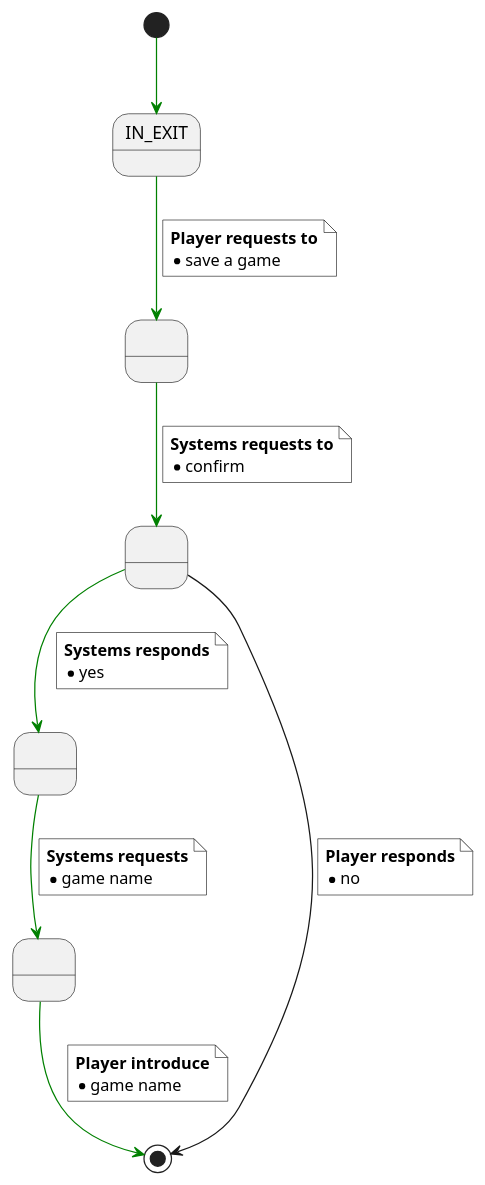
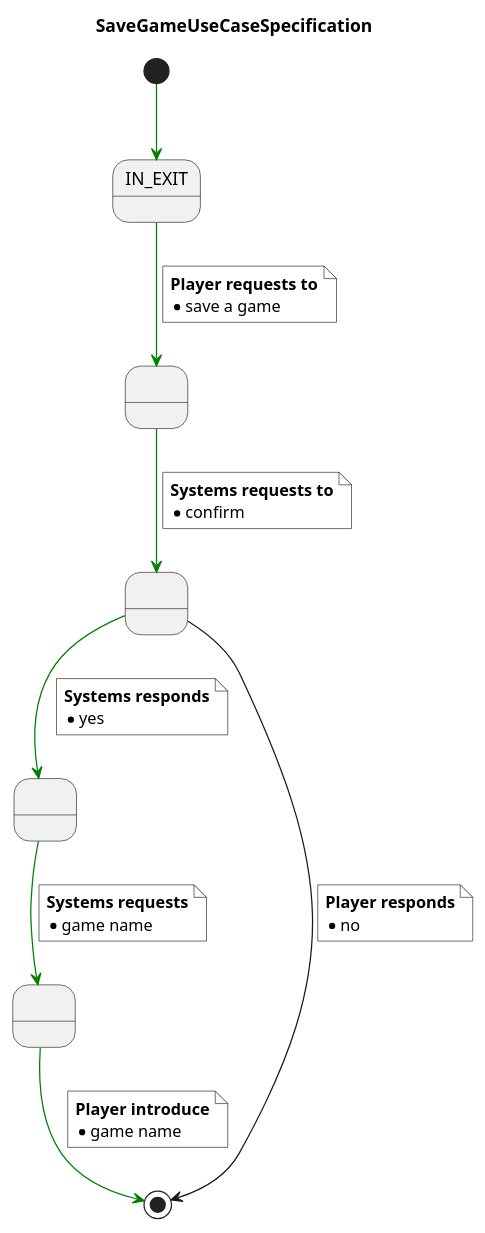
Before and after one commit to Master-Desarrollo-20-21/patrones-diseno---practica-final---juego-de-las-damas-fraylopez: the diagram in docs/src/use-cases/specification/save-spec.plantuml, drawn with PlantUML. The commit also changed 25 other files, not shown here.

Commit message:
new diagrams + update readme

```diff
--- a/docs/src/use-cases/specification/save-spec.plantuml
+++ b/docs/src/use-cases/specification/save-spec.plantuml
@@ -1,40 +1,42 @@
-@startuml save
+@startuml SaveGameUseCaseSpecification
+
+title SaveGameUseCaseSpecification
 state IN_EXIT
 state requested as " "
 state allowed as " "
 state playerGameName as " "
 state resume as " "
 
 [*]  -[#green]-> IN_EXIT
 IN_EXIT  -[#green]-> requested
 note on link #white
   <b>Player requests to
   * save a game
 end note
 
 requested  -[#green]-> allowed
 note on link #white
   <b>Systems requests to
   * confirm
 end note
 allowed  -[#green]-> resume
 note on link #white
   <b>Systems responds
   * yes
 end note
 resume -[#green]-> playerGameName
 note on link #white
   <b>Systems requests
   * game name
 end note
 playerGameName -[#green]-> [*]
 note on link #white
   <b>Player introduce
   * game name
 end note
 allowed --> [*]
 note on link #white
   <b>Player responds
   * no
 end note
 @enduml
```
